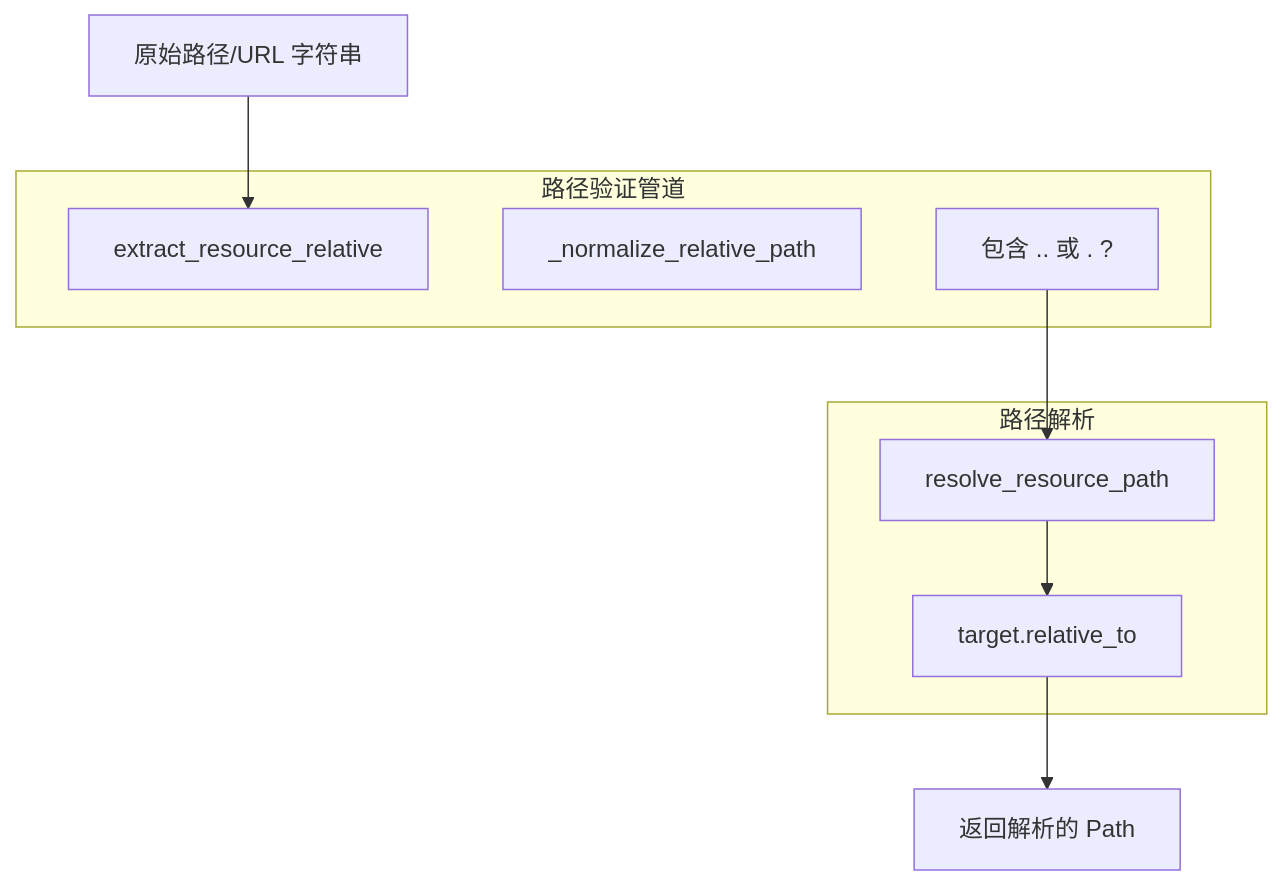
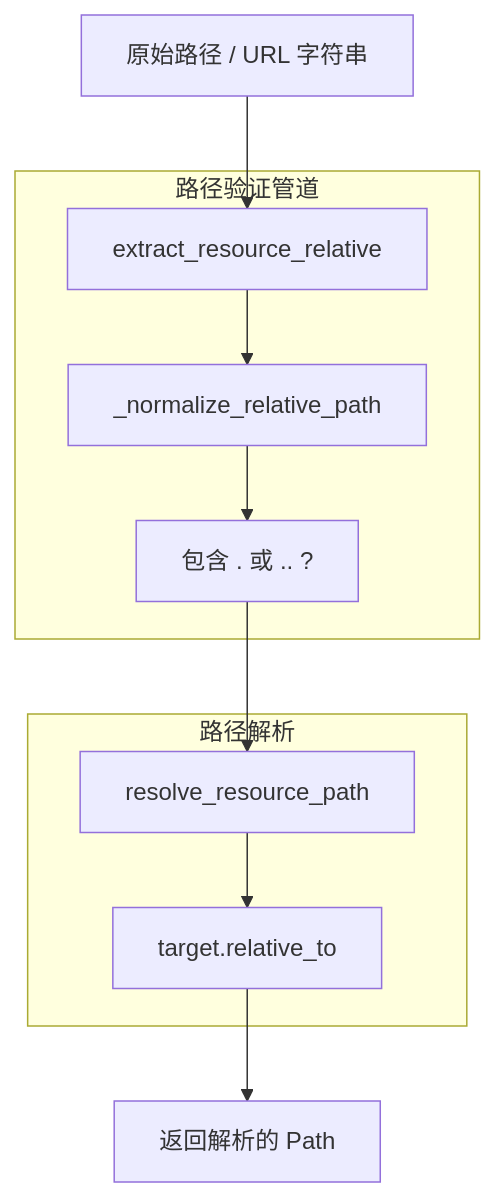
One commit to HKLHaoBin/LyricSphere changed diagram 20 of 44 in README.md. Above: the diagram before and after it, drawn with Mermaid. The commit also changed other lines of this file, not shown here.

First line of the commit message:
docs: 优化README中的流程图和序列图格式

````diff
--- a/README.md
+++ b/README.md
@@ -1609,27 +1609,29 @@
 ```mermaid
 flowchart TD
-    RawPath["原始路径/URL 字符串"]
+    RawPath["原始路径 / URL 字符串"]
     ExtractRel["extract_resource_relative"]
     NormalizePath["_normalize_relative_path"]
-    CheckSegments["包含 .. 或 . ?"]
+    CheckSegments["包含 . 或 .. ?"]
     ResolvePath["resolve_resource_path"]
     BoundaryCheck["target.relative_to"]
     ReturnPath["返回解析的 Path"]
 
     RawPath --> ExtractRel
+    ExtractRel --> NormalizePath
+    NormalizePath --> CheckSegments
     CheckSegments --> ResolvePath
     ResolvePath --> BoundaryCheck
     BoundaryCheck --> ReturnPath
 
-    subgraph PathValidation[路径验证管道]
+    subgraph PathValidation["路径验证管道"]
         ExtractRel
         NormalizePath
         CheckSegments
     end
 
-    subgraph PathResolution[路径解析]
+    subgraph PathResolution["路径解析"]
         ResolvePath
         BoundaryCheck
     end
 
 ```
````
